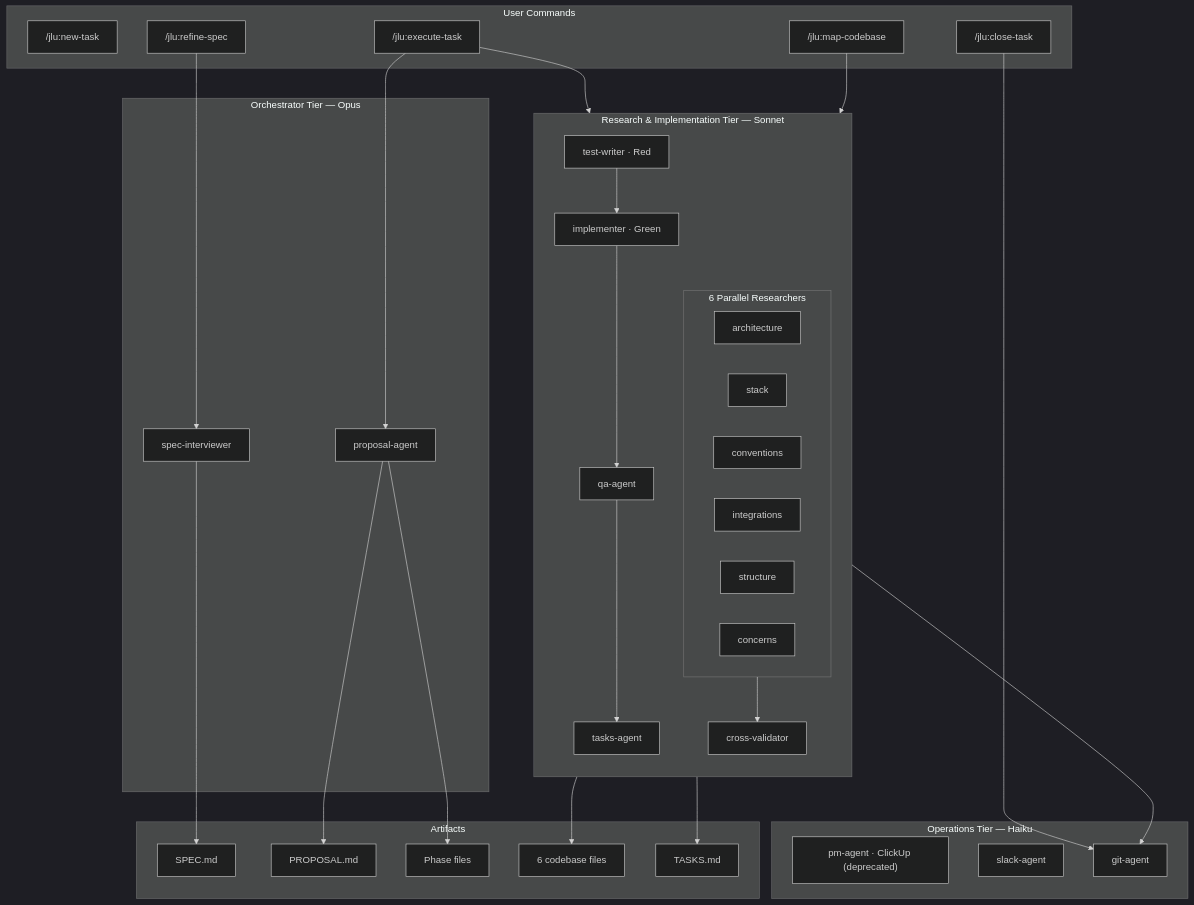
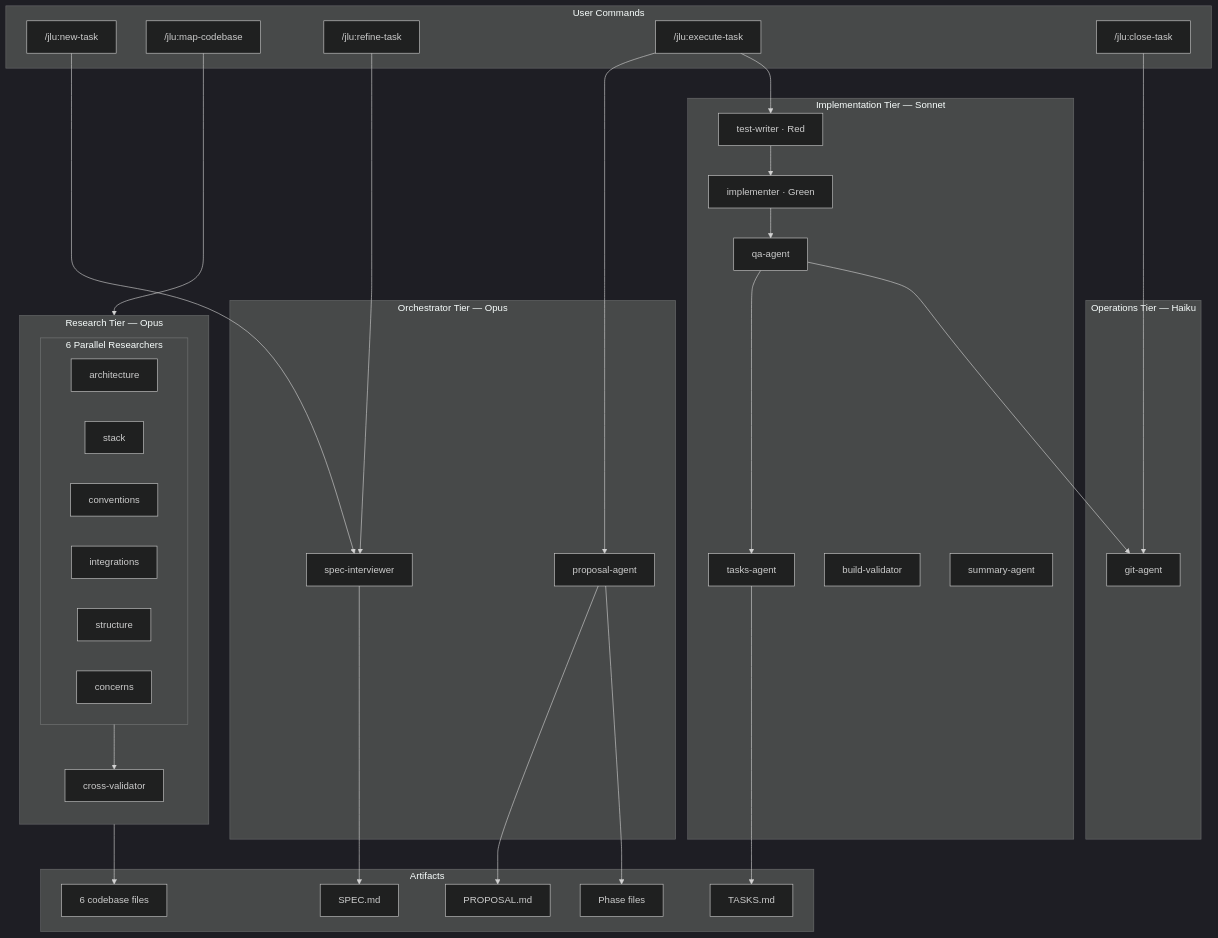
Before and after one commit to cristian-pisco/jelou-spec-plugin: the second of 2 diagrams in README.md, drawn with Mermaid (dark theme). The commit also changed other lines of this file and 11 other files, not shown here.

First line of the commit message:
Replace deprecated /jlu:refine-spec references with correct command names

````diff
--- a/README.md
+++ b/README.md
@@ -188,55 +188,59 @@
 ```mermaid
 flowchart TB
     subgraph commands["User Commands"]
         new["/jlu:new-task"]
         map["/jlu:map-codebase"]
-        refine["/jlu:refine-spec"]
+        refine["/jlu:refine-task"]
         exec["/jlu:execute-task"]
         close["/jlu:close-task"]
     end
 
     subgraph opus["Orchestrator Tier — Opus"]
         spec_int["spec-interviewer"]
         proposal["proposal-agent"]
     end
 
-    subgraph sonnet["Research & Implementation Tier — Sonnet"]
+    subgraph opus_agents["Research Tier — Opus"]
         direction TB
         subgraph researchers["6 Parallel Researchers"]
             arch["architecture"]
             stack["stack"]
             conv["conventions"]
             integ["integrations"]
             struct["structure"]
             concerns["concerns"]
         end
         cross["cross-validator"]
+    end
+
+    subgraph sonnet["Implementation Tier — Sonnet"]
         tw["test-writer · Red"]
         impl["implementer · Green"]
         qa["qa-agent"]
         tasks_ag["tasks-agent"]
+        build["build-validator"]
+        summary["summary-agent"]
     end
 
     subgraph haiku["Operations Tier — Haiku"]
-        pm["pm-agent · ClickUp (deprecated)"]
-        slack["slack-agent"]
         git["git-agent"]
     end
 
     subgraph artifacts["Artifacts"]
         spec_file["SPEC.md"]
         prop_file["PROPOSAL.md"]
         phase_files["Phase files"]
         codebase["6 codebase files"]
         tasks_file["TASKS.md"]
     end
 
     map --> researchers
     researchers --> cross --> codebase
-    refine --> spec_int --> spec_file
+    new --> spec_int --> spec_file
+    refine --> spec_int
     exec --> proposal --> prop_file & phase_files
     exec --> tw --> impl --> qa
     qa --> tasks_ag --> tasks_file
     qa --> git
     close --> git
 ```
````
